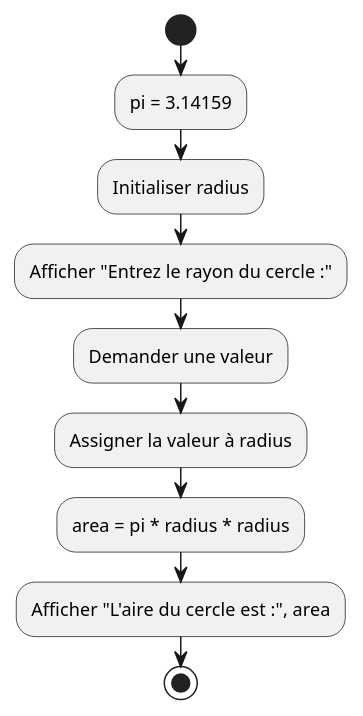
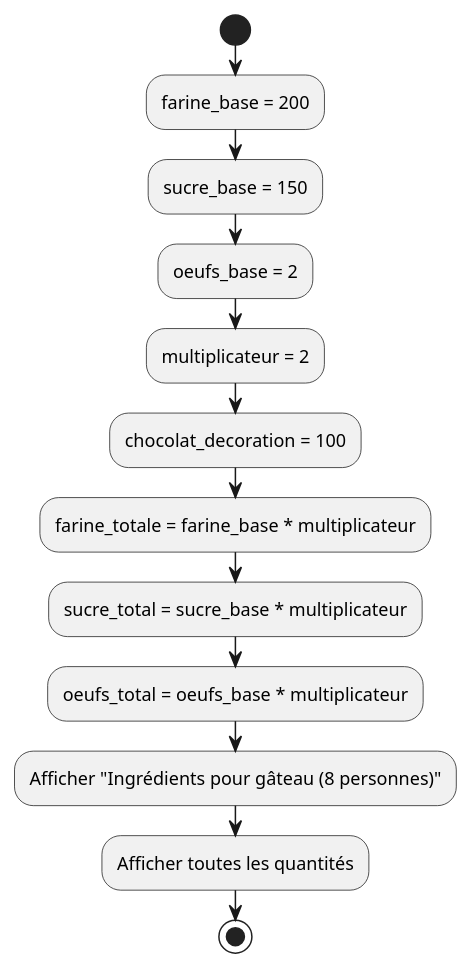
Before and after one commit to HEIG-VD-Prog-Course/HEIG-VD-ProgIM-Course: the third of 10 diagrams in 02.01-sequence-selection-iteration/02-exercices/README.md, drawn with PlantUML. The commit also changed other lines of this file and 1 other file, not shown here.

Commit message:
Refactor exercises in sequence, selection, and iteration section: (#15)

````diff
--- a/02.01-sequence-selection-iteration/02-exercices/README.md
+++ b/02.01-sequence-selection-iteration/02-exercices/README.md
@@ -339,13 +327,16 @@
 ```plantuml
 @startuml
 start
-:pi = 3.14159;
-:Initialiser radius;
-:Afficher "Entrez le rayon du cercle :";
-:Demander une valeur;
-:Assigner la valeur à radius;
-:area = pi * radius * radius;
-:Afficher "L'aire du cercle est :", area;
+:farine_base = 200;
+:sucre_base = 150;
+:oeufs_base = 2;
+:multiplicateur = 2;
+:chocolat_decoration = 100;
+:farine_totale = farine_base * multiplicateur;
+:sucre_total = sucre_base * multiplicateur;
+:oeufs_total = oeufs_base * multiplicateur;
+:Afficher "Ingrédients pour gâteau (8 personnes)";
+:Afficher toutes les quantités;
 stop
 @enduml
 ```
````
